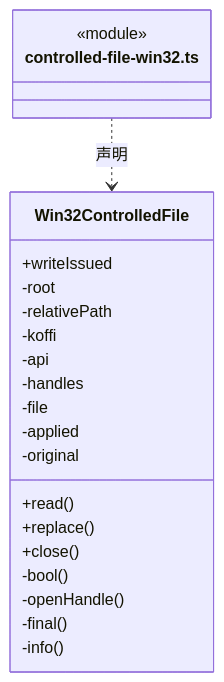
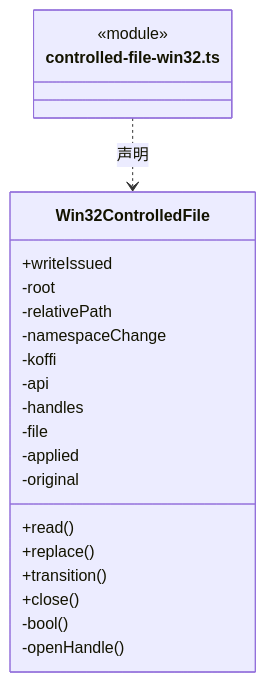
One commit to nan023062/cbim changed the tenth of 20 diagrams in src/backend/main/platform/ARCHITECTURE.md. Above: the diagram before and after it, drawn with Mermaid. The commit also changed other lines of this file and 62 other files, not shown here.

````diff
--- a/src/backend/main/platform/ARCHITECTURE.md
+++ b/src/backend/main/platform/ARCHITECTURE.md
@@ -229,25 +254,25 @@
 ```mermaid
 classDiagram
 class N_src_backend_main_platform_controlled_file_win32_ts["controlled-file-win32.ts"] {
   <<module>>
 }
 class N_src_backend_main_platform_controlled_file_win32_ts_Win32ControlledFile["Win32ControlledFile"] {
   +writeIssued
   +read()
   +replace()
+  +transition()
   +close()
   -root
   -relativePath
+  -namespaceChange
   -koffi
   -api
   -handles
   -file
   -applied
   -original
   -bool()
   -openHandle()
-  -final()
-  -info()
 }
 N_src_backend_main_platform_controlled_file_win32_ts ..> N_src_backend_main_platform_controlled_file_win32_ts_Win32ControlledFile : 声明
 ```
````
